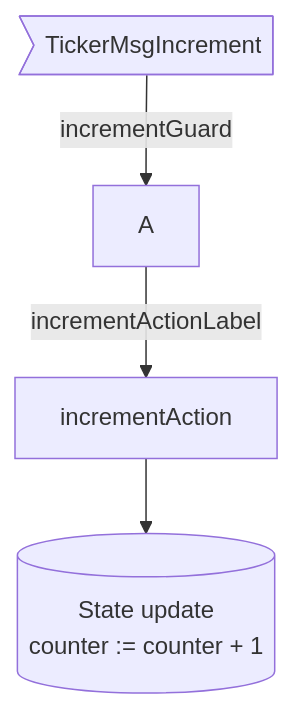
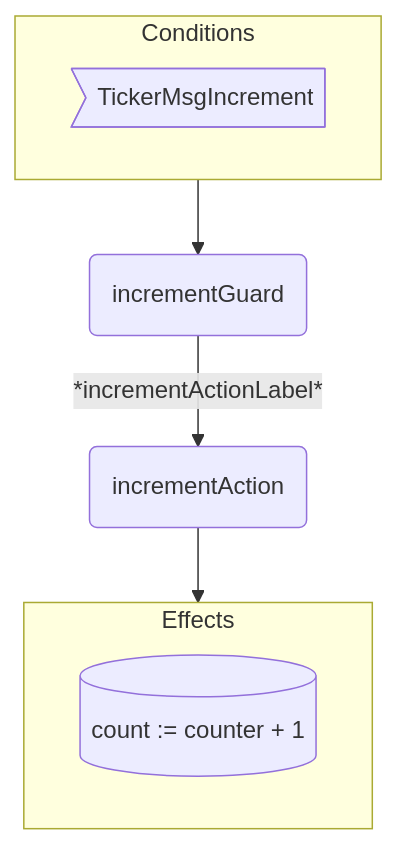
Before and after one commit to anoma/nspec: the first of 2 diagrams in docs/arch/node/engines/ticker_behaviour.juvix.md, drawn with Mermaid. The commit also changed other lines of this file and 7 other files, not shown here.

Commit message:
template fixes: diagrams, nav

````diff
--- a/docs/arch/node/engines/ticker_behaviour.juvix.md
+++ b/docs/arch/node/engines/ticker_behaviour.juvix.md
@@ -386,7 +386,15 @@
 ```mermaid
 flowchart TD
-  CM>TickerMsgIncrement]
-  ES[(State update<br>counter := counter + 1)]
+  subgraph C[Conditions]
+    CMsg>TickerMsgIncrement]
+  end
 
-  CM --incrementGuard--> A --incrementActionLabel--> incrementAction --> ES
+  G(incrementGuard)
+  A(incrementAction)
+
+  C --> G -- *incrementActionLabel* --> A --> E
+
+  subgraph E[Effects]
+    EEnv[(count := counter + 1)]
+  end
 ```
````
